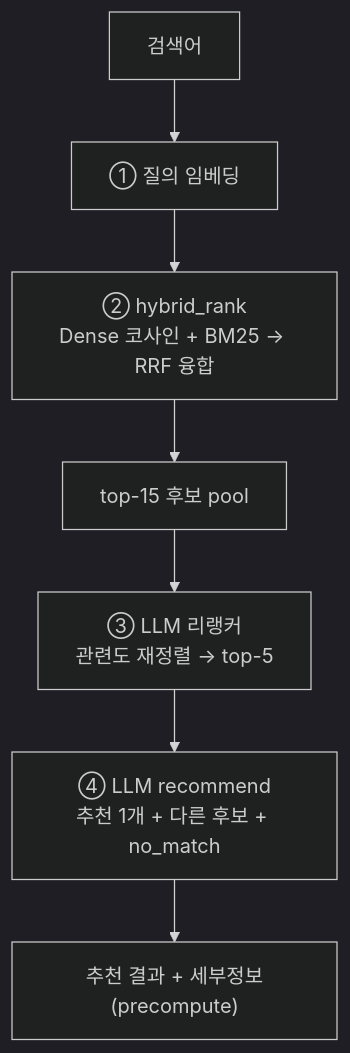
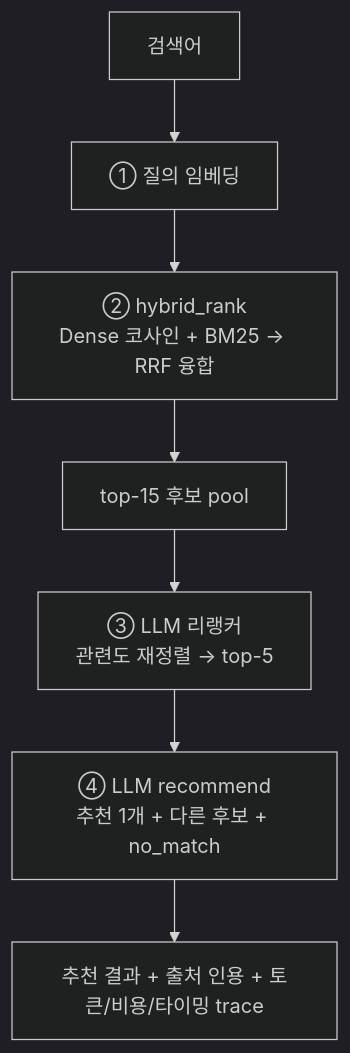
The second of 3 diagrams in README.md (lululalalalalalalalaaa/prototype), drawn with Mermaid (dark theme) before and after one commit. The commit also changed other lines of this file and 4 other files, not shown here.

````diff
--- a/README.md
+++ b/README.md
@@ -57,9 +60,9 @@
 ```mermaid
 flowchart TD
   Q["검색어"] --> E["① 질의 임베딩"]
   E --> H["② hybrid_rank<br/>Dense 코사인 + BM25 → RRF 융합"]
   H --> P["top-15 후보 pool"]
   P --> R["③ LLM 리랭커<br/>관련도 재정렬 → top-5"]
   R --> G["④ LLM recommend<br/>추천 1개 + 다른 후보 + no_match"]
-  G --> O["추천 결과 + 세부정보(precompute)"]
+  G --> O["추천 결과 + 출처 인용 + 토큰/비용/타이밍 trace"]
 ```
````
